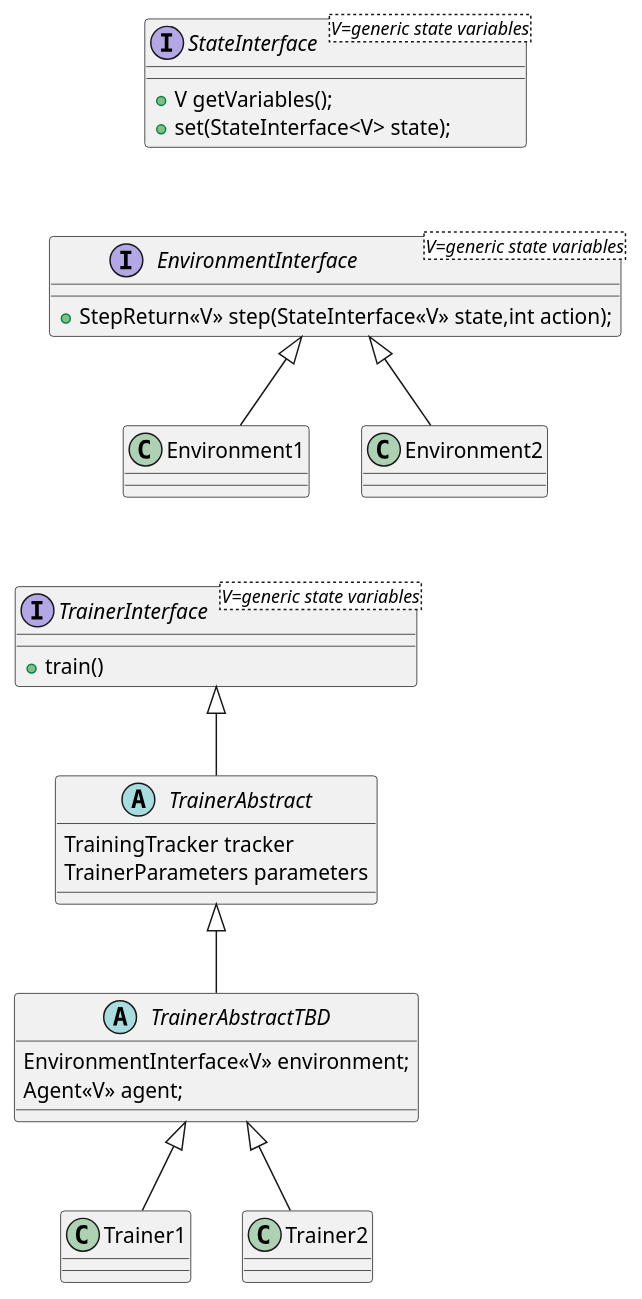
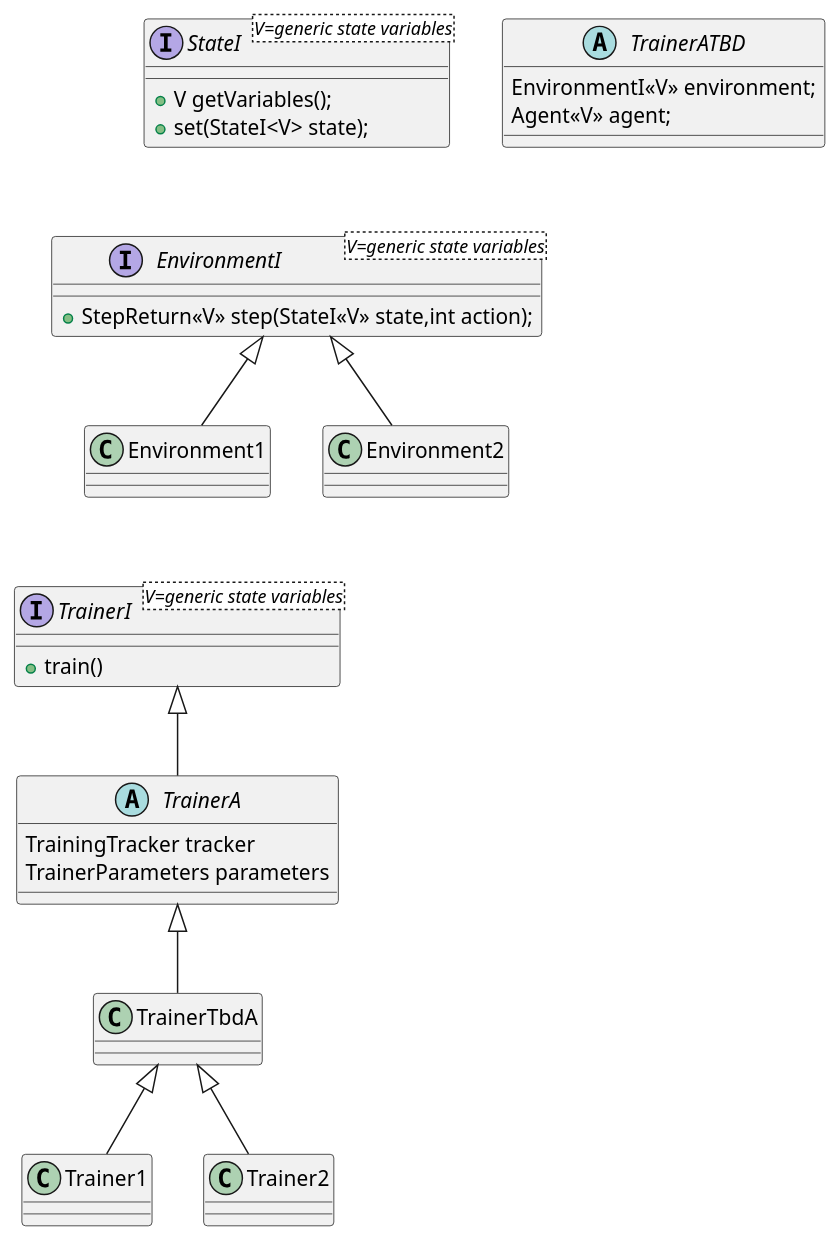
One commit to JonasHellgren/MachineLearning changed the diagram in src/main/java/policy_gradient_problems/class_diagrams/state_trainer_environment.puml. Above: the diagram before and after it, drawn with PlantUML. The commit also changed 21 other files, not shown here.

Commit message:
namnbyte  Interface -> I Abstract -> A

```diff
--- a/src/main/java/policy_gradient_problems/class_diagrams/state_trainer_environment.puml
+++ b/src/main/java/policy_gradient_problems/class_diagrams/state_trainer_environment.puml
@@ -2,45 +2,45 @@
 @startuml
 'https://plantuml.com/class-diagram
 
 
-interface StateInterface<V=generic state variables> {
+interface StateI<V=generic state variables> {
 + V getVariables();
-+ set(StateInterface<V> state);
++ set(StateI<V> state);
 }
 
 
 
 
-interface TrainerInterface<V=generic state variables> {
+interface TrainerI<V=generic state variables> {
 + train()
 }
 
-abstract class TrainerAbstract {
+abstract class TrainerA {
 TrainingTracker tracker
 TrainerParameters parameters
 }
 
-abstract class TrainerAbstractTBD {
-    EnvironmentInterface<<V>> environment;
+abstract class TrainerATBD {
+    EnvironmentI<<V>> environment;
     Agent<<V>> agent;
 }
 
-interface EnvironmentInterface<V=generic state variables> {
-+  StepReturn<<V>> step(StateInterface<<V>> state,int action);
-'/ +  boolean isTerminalState(StateInterface<<V>> state);
+interface EnvironmentI<V=generic state variables> {
++  StepReturn<<V>> step(StateI<<V>> state,int action);
+'/ +  boolean isTerminalState(StateI<<V>> state);
 }
 
 
-EnvironmentInterface <|-- Environment1
-EnvironmentInterface <|-- Environment2
+EnvironmentI <|-- Environment1
+EnvironmentI <|-- Environment2
 
-TrainerInterface <|-- TrainerAbstract
-TrainerAbstract <|-- TrainerAbstractTBD
-TrainerAbstractTBD  <|-- Trainer1
-TrainerAbstractTBD  <|-- Trainer2
+TrainerI <|-- TrainerA
+TrainerA <|-- TrainerTbdA
+TrainerTbdA  <|-- Trainer1
+TrainerTbdA  <|-- Trainer2
 
-StateInterface -[hidden]- EnvironmentInterface
-Environment1 -[hidden]- TrainerInterface
+StateI -[hidden]- EnvironmentI
+Environment1 -[hidden]- TrainerI
 
 
 @enduml
```
